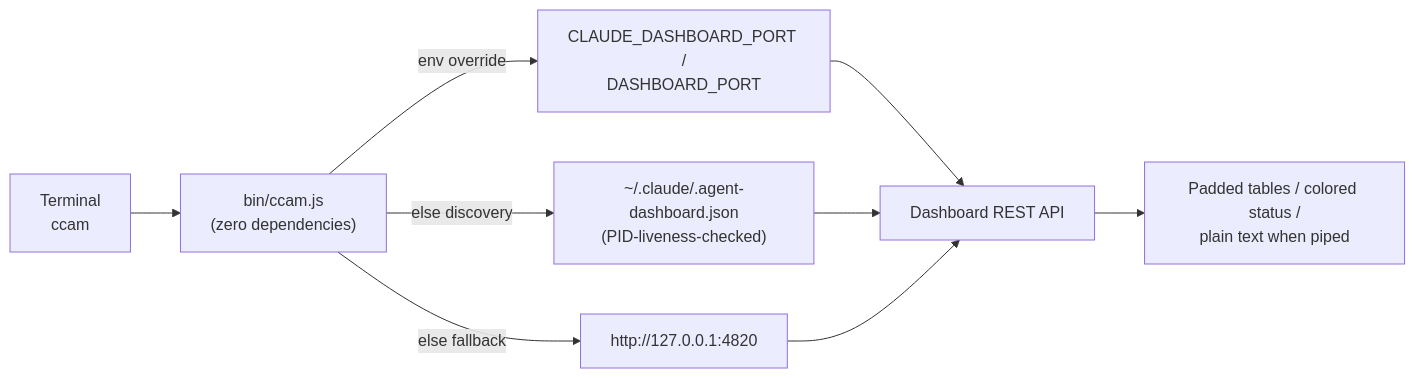
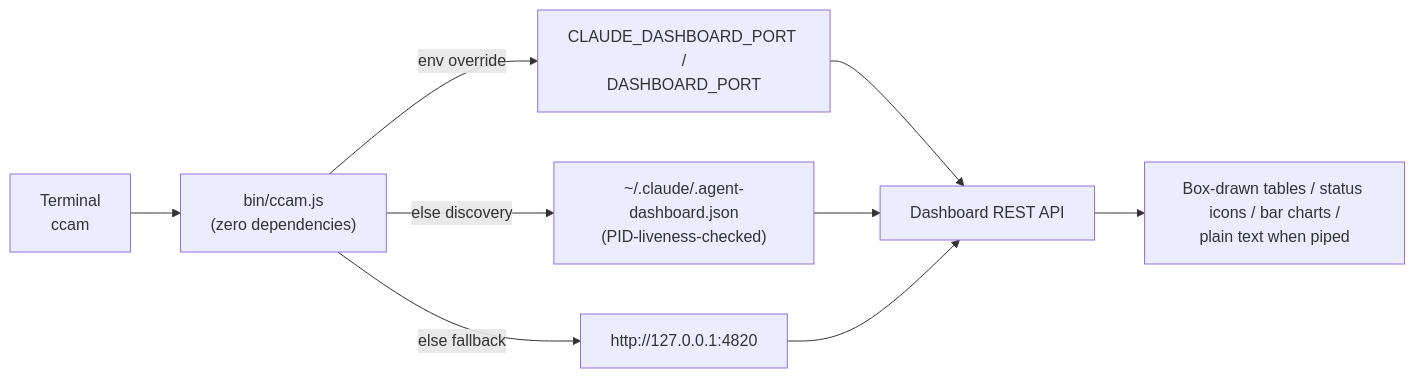
Before and after one commit to hoangsonww/Claude-Code-Agent-Monitor: the diagram in docs/CLI.md, drawn with Mermaid. The commit also changed other lines of this file and 9 other files, not shown here.

First line of the commit message:
feat(cli): full terminal UI — colors, box tables, charts, trees, spinner

````diff
--- a/docs/CLI.md
+++ b/docs/CLI.md
@@ -34,11 +34,11 @@
 ```mermaid
 flowchart LR
     U["Terminal\nccam <command>"] --> CLI["bin/ccam.js\n(zero dependencies)"]
     CLI -->|"env override"| ENV["CLAUDE_DASHBOARD_PORT /\nDASHBOARD_PORT"]
     CLI -->|"else discovery"| REG["~/.claude/.agent-dashboard.json\n(PID-liveness-checked)"]
     CLI -->|"else fallback"| DEF["http://127.0.0.1:4820"]
     ENV --> API["Dashboard REST API"]
     REG --> API
     DEF --> API
-    API --> OUT["Padded tables / colored status /\nplain text when piped"]
+    API --> OUT["Box-drawn tables / status icons / bar charts /\nplain text when piped"]
 ```
````
